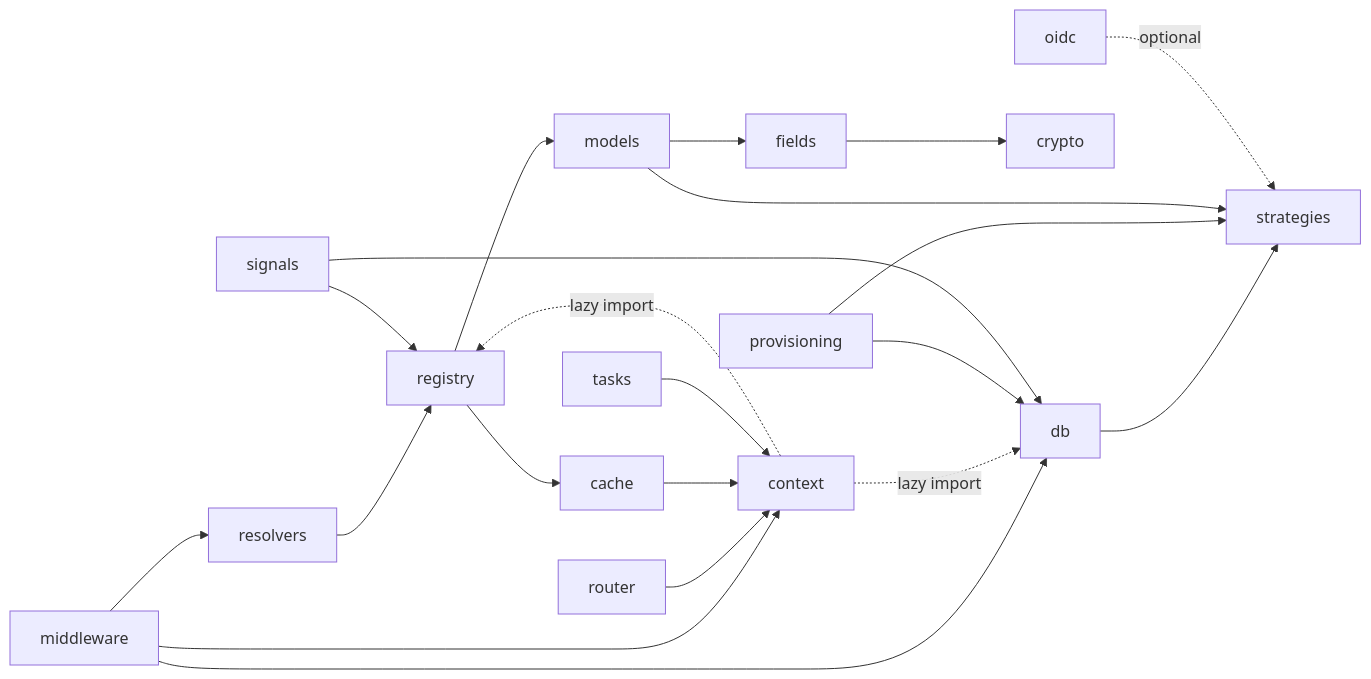
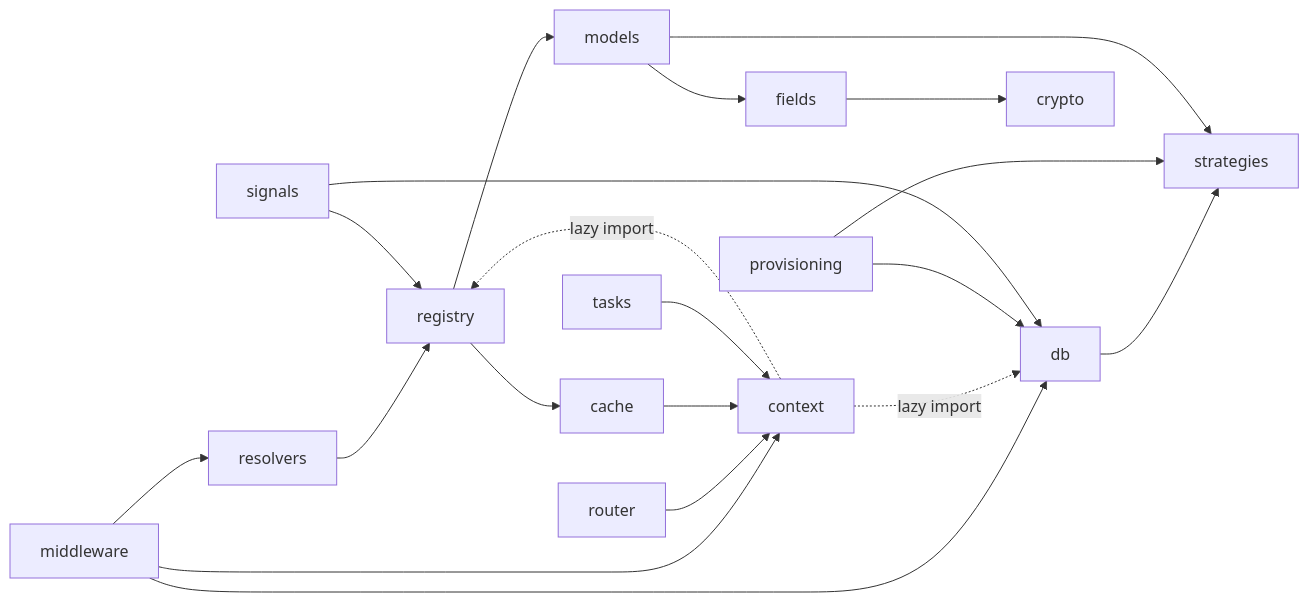
One commit to GigiusB/django-db-tenants changed the diagram in docs/development-guide/codebase-structure.md. Above: the diagram before and after it, drawn with Mermaid. The commit also changed other lines of this file and 42 other files, not shown here.

````diff
--- a/docs/development-guide/codebase-structure.md
+++ b/docs/development-guide/codebase-structure.md
@@ -44,20 +43,19 @@
 ```mermaid
 flowchart LR
     middleware --> resolvers --> registry --> models
     middleware --> db
     db --> strategies
     provisioning --> strategies
     models --> strategies
     middleware --> context
     router --> context
     cache --> context
     context -. lazy import .-> db
     context -. lazy import .-> registry
     tasks --> context
     provisioning --> db
     signals --> registry
     signals --> db
     models --> fields --> crypto
     registry --> cache
-    oidc -. optional .-> strategies
 ```
````
